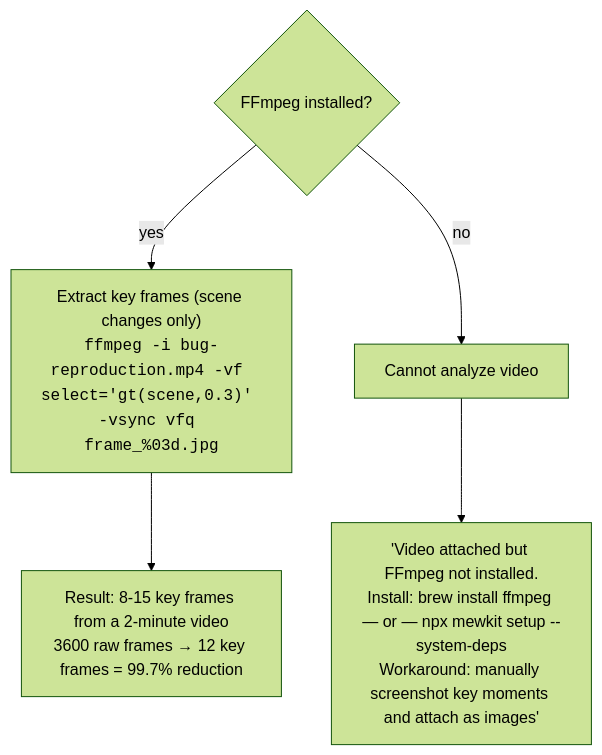
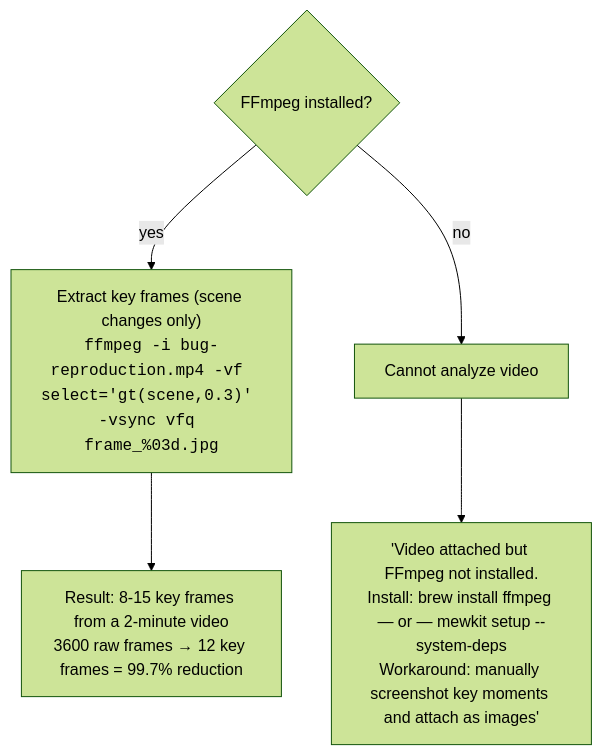
The second of 4 diagrams in packages/docs/content/docs/workflows/ticket-with-media.mdx (ngocsangyem/MeowKit), drawn with Mermaid (forest theme) before and after one commit. The commit also changed other lines of this file and 113 other files, not shown here.

````diff
--- a/packages/docs/content/docs/workflows/ticket-with-media.mdx
+++ b/packages/docs/content/docs/workflows/ticket-with-media.mdx
@@ -123,11 +123,11 @@
 ```mermaid
 flowchart TD
     Q{"FFmpeg installed?"}
     Y["Extract key frames (scene changes only)<br/><code>ffmpeg -i bug-reproduction.mp4 -vf select='gt(scene,0.3)' -vsync vfq frame_%03d.jpg</code>"]
     Y2["Result: 8-15 key frames from a 2-minute video<br/>3600 raw frames → 12 key frames = 99.7% reduction"]
     N["Cannot analyze video"]
-    N2["'Video attached but FFmpeg not installed.<br/>Install: brew install ffmpeg — or — npx mewkit setup --system-deps<br/>Workaround: manually screenshot key moments and attach as images'"]
+    N2["'Video attached but FFmpeg not installed.<br/>Install: brew install ffmpeg — or — mewkit setup --system-deps<br/>Workaround: manually screenshot key moments and attach as images'"]
 
     Q -->|yes| Y --> Y2
     Q -->|no| N --> N2
 ```
````
